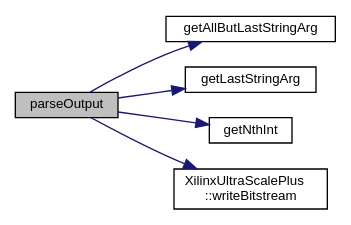
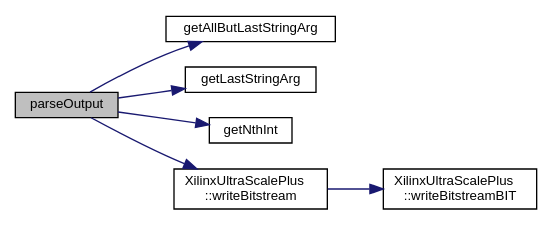
The diagram in byteman_8cpp_a6864a632485326d2049256aeb01cc4cf_cgraph.dot (FPGA-Research-Manchester/byteman), drawn with Graphviz before and after one commit. The commit also changed 92 other files, not shown here.

```diff
--- a/byteman_8cpp_a6864a632485326d2049256aeb01cc4cf_cgraph.dot
+++ b/byteman_8cpp_a6864a632485326d2049256aeb01cc4cf_cgraph.dot
@@ -1,17 +1,19 @@
 digraph "parseOutput"
 {
  // INTERACTIVE_SVG=YES
  // LATEX_PDF_SIZE
   edge [fontname="Helvetica",fontsize="10",labelfontname="Helvetica",labelfontsize="10"];
   node [fontname="Helvetica",fontsize="10",shape=record];
   rankdir="LR";
   Node1 [label="parseOutput",height=0.2,width=0.4,color="black", fillcolor="grey75", style="filled", fontcolor="black",tooltip=" "];
   Node1 -> Node2 [color="midnightblue",fontsize="10",style="solid",fontname="Helvetica"];
   Node2 [label="getAllButLastStringArg",height=0.2,width=0.4,color="black", fillcolor="white", style="filled",URL="$byteman_8cpp.html#abb94c0ff14dd633ff41b3b9f83ae0bd3",tooltip=" "];
   Node1 -> Node3 [color="midnightblue",fontsize="10",style="solid",fontname="Helvetica"];
   Node3 [label="getLastStringArg",height=0.2,width=0.4,color="black", fillcolor="white", style="filled",URL="$byteman_8cpp.html#a00471d4a59c1bf585fbc1cdf2398a02d",tooltip=" "];
   Node1 -> Node4 [color="midnightblue",fontsize="10",style="solid",fontname="Helvetica"];
   Node4 [label="getNthInt",height=0.2,width=0.4,color="black", fillcolor="white", style="filled",URL="$byteman_8cpp.html#a7e6d949e69ac4f52a80dad0b6d62de02",tooltip=" "];
   Node1 -> Node5 [color="midnightblue",fontsize="10",style="solid",fontname="Helvetica"];
   Node5 [label="XilinxUltraScalePlus\l::writeBitstream",height=0.2,width=0.4,color="black", fillcolor="white", style="filled",URL="$classXilinxUltraScalePlus.html#aecdb65a64d91cb6bcc3a920ac6e55692",tooltip=" "];
+  Node5 -> Node6 [color="midnightblue",fontsize="10",style="solid",fontname="Helvetica"];
+  Node6 [label="XilinxUltraScalePlus\l::writeBitstreamBIT",height=0.2,width=0.4,color="black", fillcolor="white", style="filled",URL="$classXilinxUltraScalePlus.html#a84674d061a521a9cf9a7e9ce3cb732e2",tooltip=" "];
 }
```
